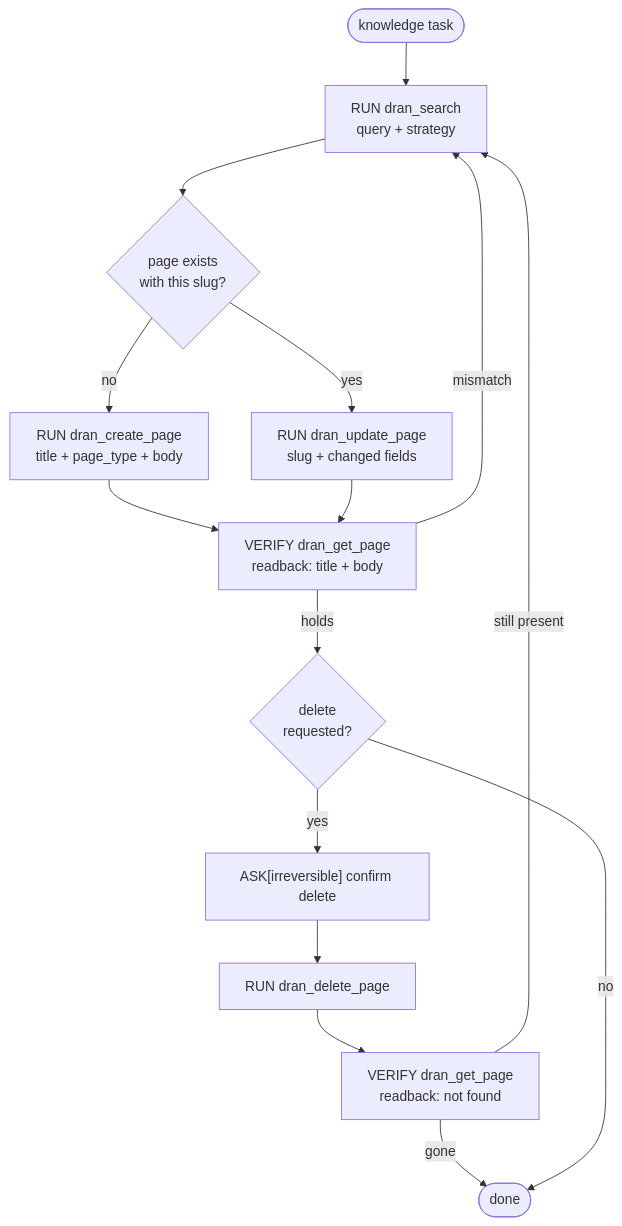
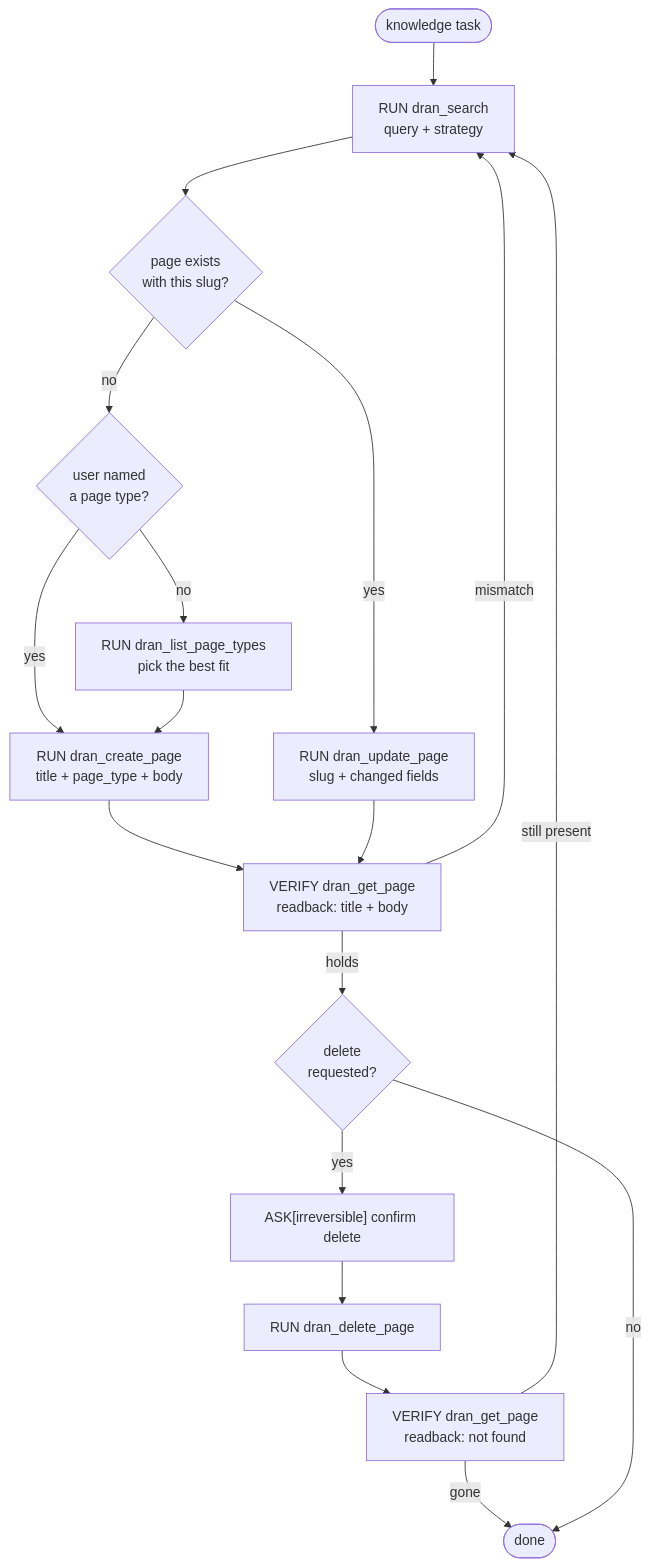
Before and after one commit to alvarolizama/dran: the second of 2 diagrams in skills/dran-knowledge-flow/SKILL.md, drawn with Mermaid. The commit also changed other lines of this file and 13 other files, not shown here.

````diff
--- a/skills/dran-knowledge-flow/SKILL.md
+++ b/skills/dran-knowledge-flow/SKILL.md
@@ -43,17 +44,20 @@
 ```mermaid
 flowchart TD
   START([knowledge task]) --> S1["RUN dran_search\nquery + strategy"]
   S1 --> G1{"page exists\nwith this slug?"}
-  G1 -->|"no"| S2["RUN dran_create_page\ntitle + page_type + body"]
+  G1 -->|"no"| G2{"user named\na page type?"}
+  G2 -->|"no"| S0["RUN dran_list_page_types\npick the best fit"]
+  G2 -->|"yes"| S2["RUN dran_create_page\ntitle + page_type + body"]
+  S0 --> S2
   G1 -->|"yes"| S3["RUN dran_update_page\nslug + changed fields"]
   S2 --> V1["VERIFY dran_get_page\nreadback: title + body"]
   S3 --> V1
   V1 -->|"mismatch"| S1
   V1 -->|"holds"| G3{"delete\nrequested?"}
   G3 -->|"yes"| S7["ASK[irreversible] confirm delete"]
   S7 --> S8["RUN dran_delete_page"]
   S8 --> V2["VERIFY dran_get_page\nreadback: not found"]
   V2 -->|"still present"| S1
   V2 -->|"gone"| END([done])
   G3 -->|"no"| END
 ```
````
